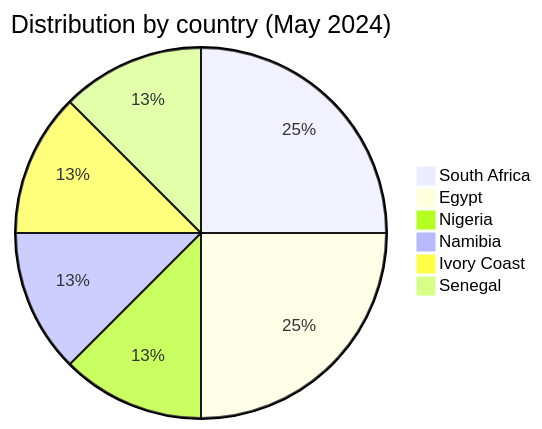
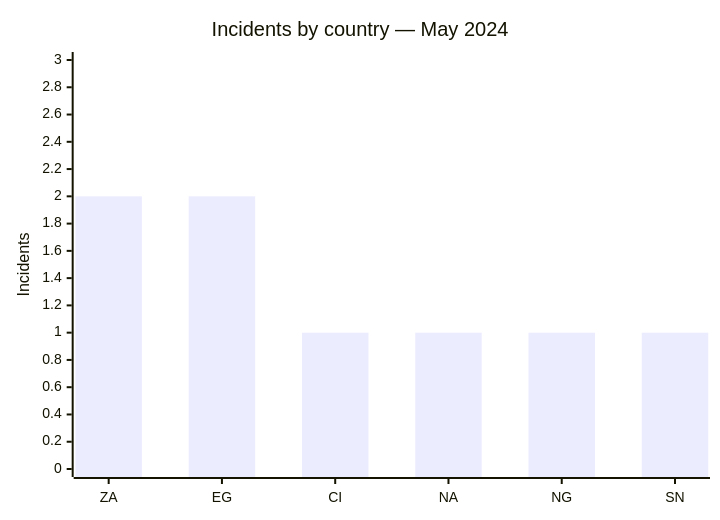
Before and after one commit to Hatchepsoute/AFRINTEL: the first of 2 diagrams in CyberAttackAfrica/2024/05-may/README.md, drawn with Mermaid. The commit also changed other lines of this file and 109 other files, not shown here.

````diff
--- a/CyberAttackAfrica/2024/05-may/README.md
+++ b/CyberAttackAfrica/2024/05-may/README.md
@@ -67,10 +44,7 @@
 ```mermaid
-pie
-    title Distribution by country (May 2024)
-    "South Africa" : 2
-    "Egypt" : 2
-    "Nigeria" : 1
-    "Namibia" : 1
-    "Ivory Coast" : 1
-    "Senegal" : 1
+xychart
+    title "Incidents by country — May 2024"
+    x-axis ["ZA","EG","CI","NA","NG","SN"]
+    y-axis "Incidents" 0 --> 3
+    bar [2,2,1,1,1,1]
 ```
````
